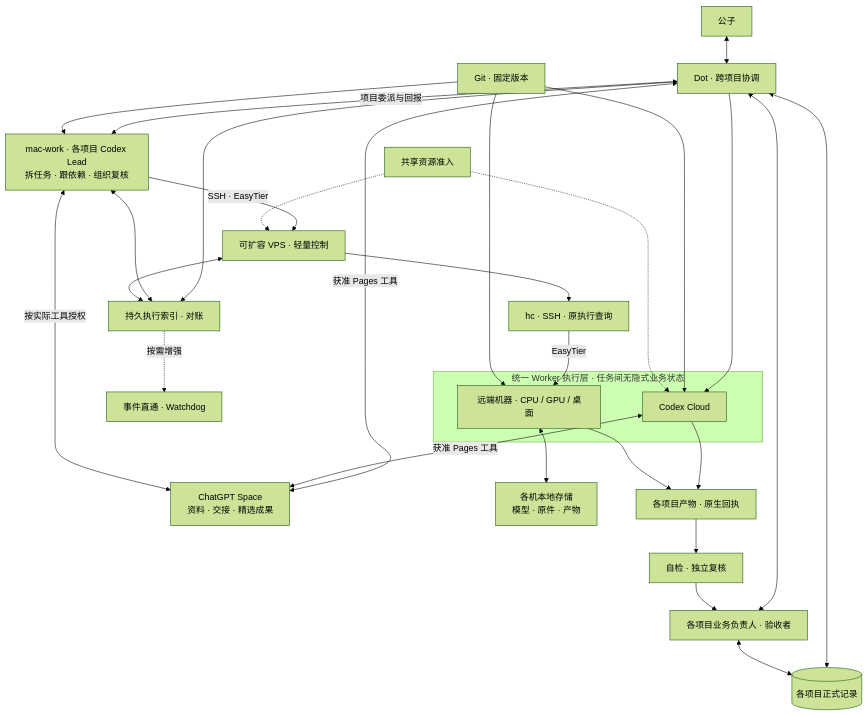
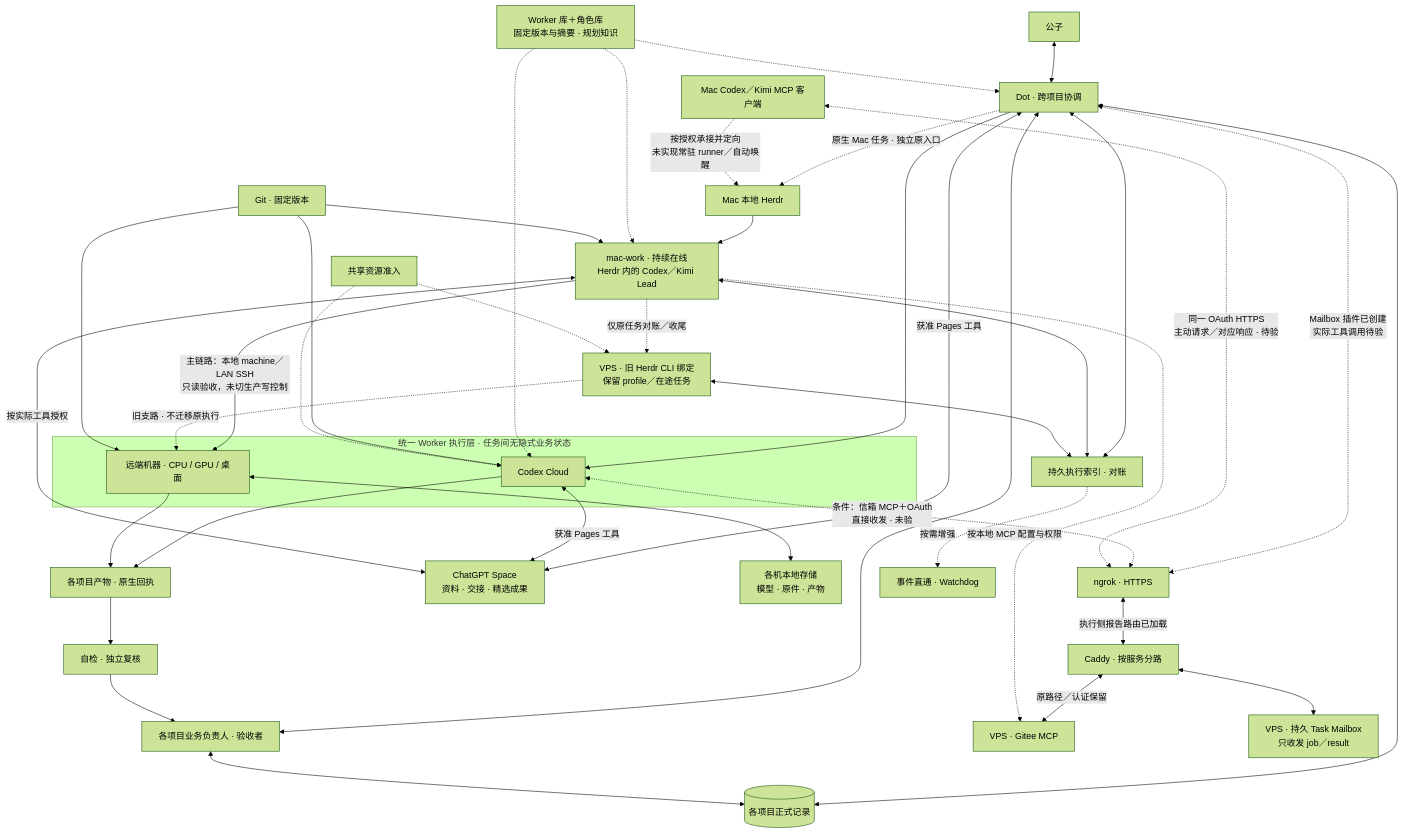
Before and after one commit to CF-FE/herdr-4-codexcloud: the first of 2 diagrams in docs/architecture.md, drawn with Mermaid (forest theme). The commit also changed other lines of this file and 35 other files, not shown here.

Commit message:
Update Herdr coordination architecture and worker guidance

````diff
--- a/docs/architecture.md
+++ b/docs/architecture.md
@@ -19,33 +49,45 @@
 ```mermaid
 flowchart TD
     U["公子"] <--> D["Dot · 跨项目协调"]
     D <--> O["各项目业务负责人 · 验收者"]
     D <--> P[("各项目正式记录")]
     O <--> P
-    D <-->|"项目委派与回报"| A["mac-work · 各项目 Codex Lead<br/>拆任务 · 跟依赖 · 组织复核"]
+    D -.->|"原生 Mac 任务 · 独立原入口"| H["Mac 本地 Herdr"]
+    H --> A["mac-work · 持续在线<br/>Herdr 内的 Codex／Kimi Lead"]
     subgraph POOL["统一 Worker 执行层 · 任务间无隐式业务状态"]
         C["Codex Cloud"]
         M["远端机器 · CPU / GPU / 桌面"]
     end
     D --> C
-    A -->|"SSH · EasyTier"| V["可扩容 VPS · 轻量控制"]
-    V --> H["hc · SSH · 原执行查询"]
-    H -->|"EasyTier"| M
+    K["Worker 库＋角色库<br/>固定版本与摘要 · 规划知识"] -.-> D
+    K -.-> A
+    K -.-> C
+    A -->|"主链路：本地 machine／LAN SSH<br/>只读验收，未切生产写控制"| M
+    A -.->|"仅原任务对账／收尾"| V["VPS · 旧 Herdr CLI 绑定<br/>保留 profile／在途任务"]
+    V -.->|"旧支路 · 不迁移原执行"| M
+    D <-.->|"Mailbox 插件已创建<br/>实际工具调用待验"| NG["ngrok · HTTPS"]
+    C <-.->|"条件：信箱 MCP＋OAuth<br/>直接收发 · 未验"| NG
+    NG <-->|"执行侧报告路由已加载"| RT["Caddy · 按服务分路"]
+    RT <-->|"原路径／认证保留"| VS["VPS · Gitee MCP"]
+    RT <--> MB["VPS · 持久 Task Mailbox<br/>只收发 job／result"]
+    MC["Mac Codex／Kimi MCP 客户端"] <-.->|"同一 OAuth HTTPS<br/>主动请求／对应响应 · 待验"| NG
+    MC -.->|"按授权承接并定向<br/>未实现常驻 runner／自动唤醒"| H
+    A -.->|"按本地 MCP 配置与权限"| VS
     D <-->|"获准 Pages 工具"| SP["ChatGPT Space<br/>资料 · 交接 · 精选成果"]
     C <-->|"获准 Pages 工具"| SP
     A <-->|"按实际工具授权"| SP
     G["Git · 固定版本"] --> C
     G --> A
     G --> M
     M <--> L["各机本地存储<br/>模型 · 原件 · 产物"]
     C --> R["各项目产物 · 原生回执"]
     M --> R
     R --> Q["自检 · 独立复核"]
     Q --> O
     D <--> I["持久执行索引 · 对账"]
     A <--> I
     V <--> I
     S["共享资源准入"] -.-> C
     S -.-> V
     I -.按需增强.-> W["事件直通 · Watchdog"]
 ```
````
